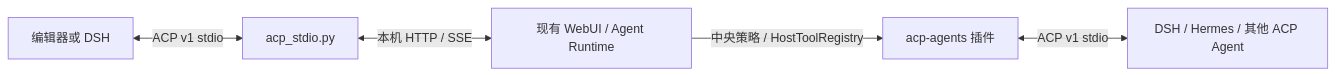
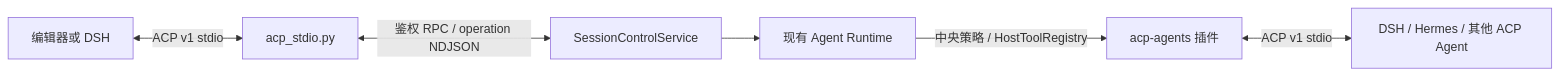
One commit to Sugarfreeecho/SUGAR-AGENT changed the first of 2 diagrams in docs/acp.md. Above: the diagram before and after it, drawn with Mermaid. The commit also changed other lines of this file and 20 other files, not shown here.

````diff
--- a/docs/acp.md
+++ b/docs/acp.md
@@ -7,7 +7,8 @@
 ```mermaid
 flowchart LR
   Editor[编辑器或 DSH] <-->|ACP v1 stdio| Bridge[acp_stdio.py]
-  Bridge <-->|本机 HTTP / SSE| Runtime[现有 WebUI / Agent Runtime]
+  Bridge <-->|鉴权 RPC / operation NDJSON| Control[SessionControlService]
+  Control --> Runtime[现有 Agent Runtime]
   Runtime -->|中央策略 / HostToolRegistry| Client[acp-agents 插件]
   Client <-->|ACP v1 stdio| External[DSH / Hermes / 其他 ACP Agent]
 ```
````
